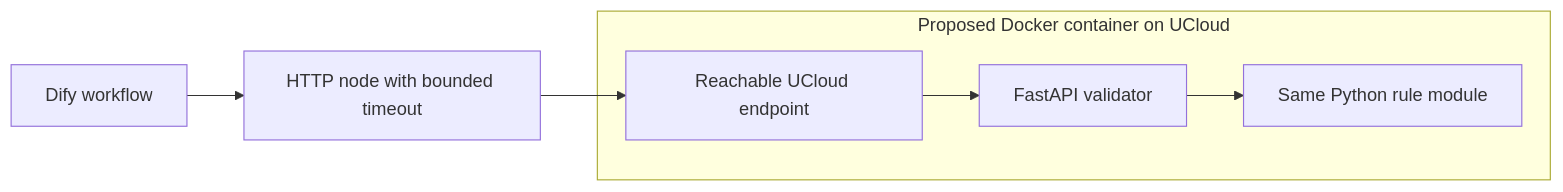
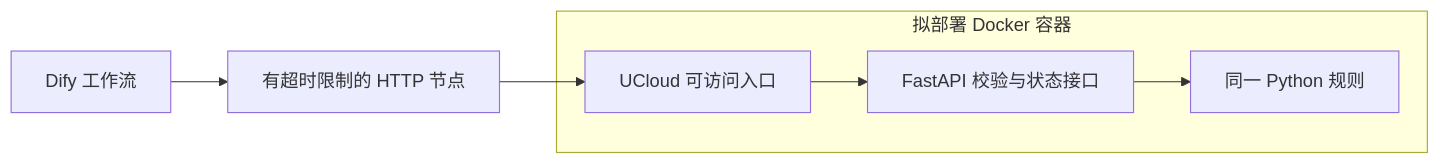
Before and after one commit to sunnyyang0822-stack/GiftWise-AI: the second of 2 diagrams in docs/architecture.md, drawn with Mermaid. The commit also changed other lines of this file and 10 other files, not shown here.

````diff
--- a/docs/architecture.md
+++ b/docs/architecture.md
@@ -49,9 +63,9 @@
 ```mermaid
 flowchart LR
-    D[Dify workflow] --> H[HTTP node with bounded timeout]
-    H --> A[Reachable UCloud endpoint]
-    subgraph C[Proposed Docker container on UCloud]
-      A --> F[FastAPI validator]
-      F --> P[Same Python rule module]
+    D[Dify 工作流] --> H[有超时限制的 HTTP 节点]
+    H --> A[UCloud 可访问入口]
+    subgraph C[拟部署 Docker 容器]
+      A --> F[FastAPI 校验与状态接口]
+      F --> P[同一 Python 规则]
     end
 ```
````
